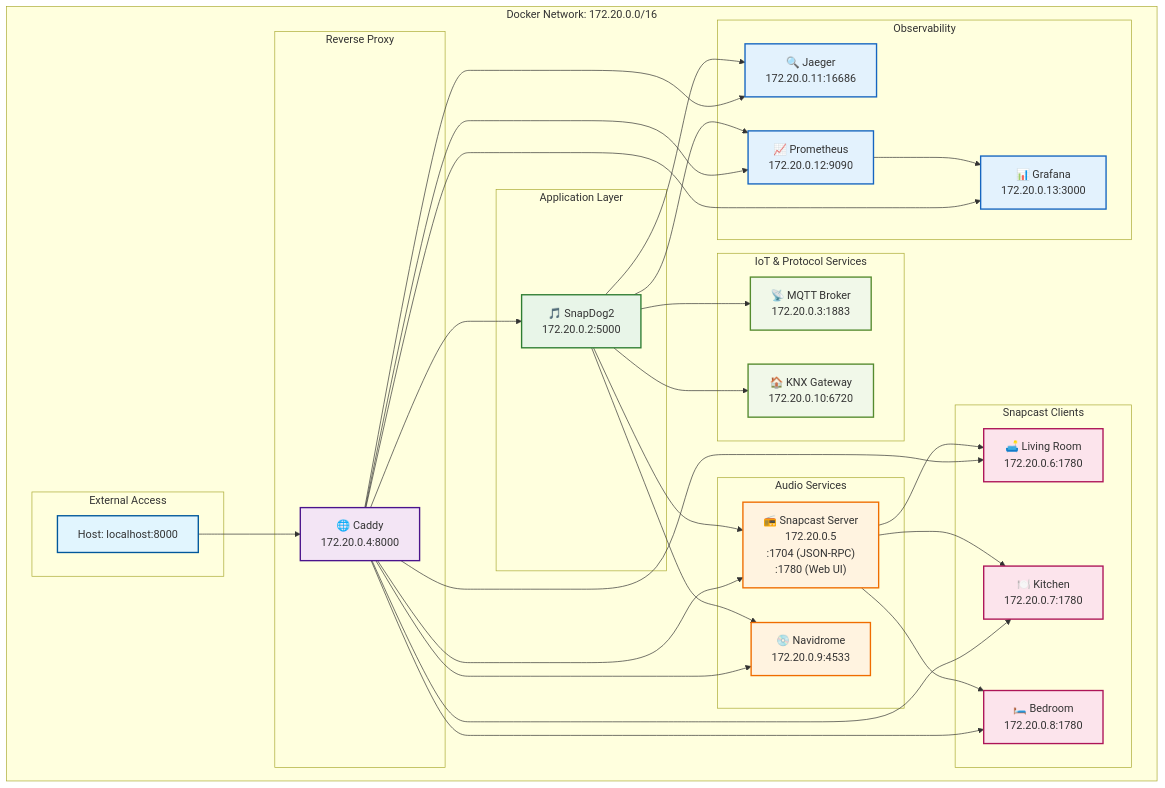
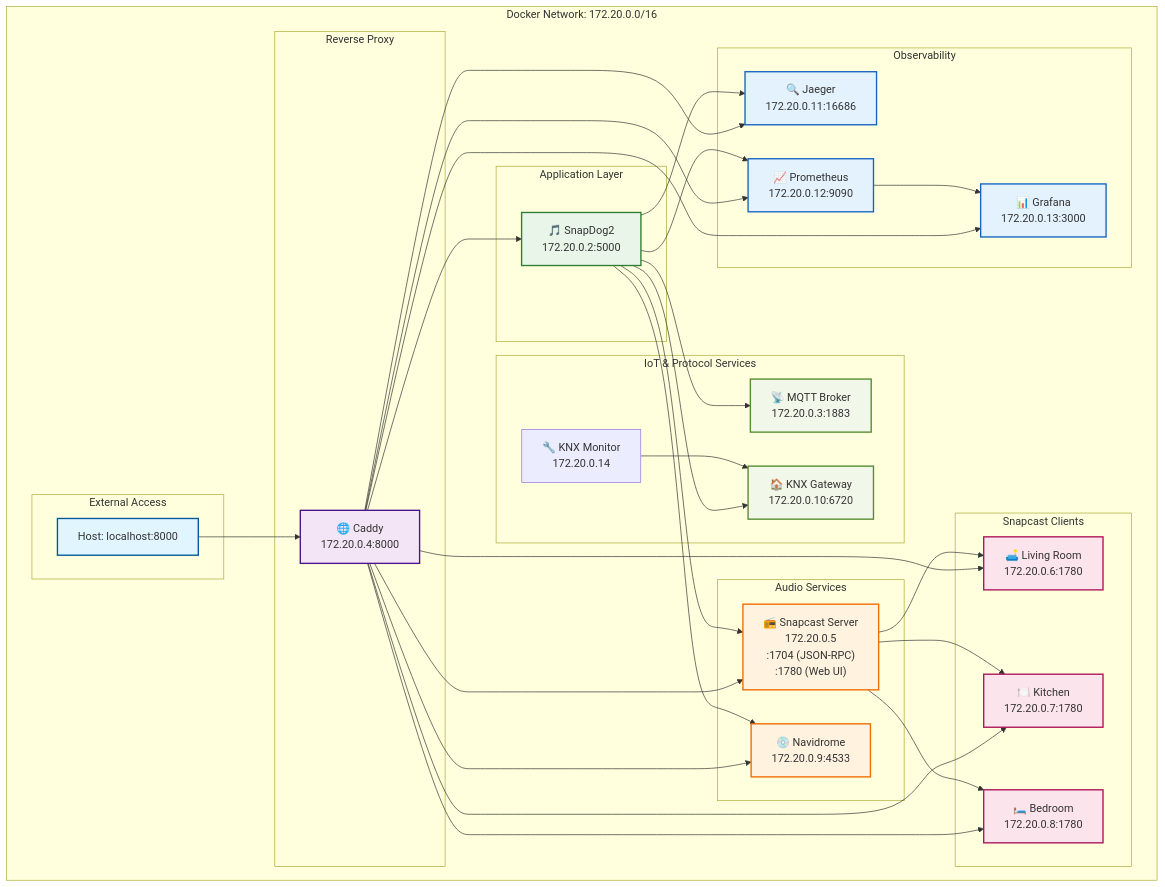
The diagram in README.md (metaneutrons/snapdog2), drawn with Mermaid before and after one commit. The commit also changed other lines of this file and 11 other files, not shown here.

First line of the commit message:
feat: add TUI support and enhance KNX Monitor functionality

```diff
--- a/README.md
+++ b/README.md
@@ -82,6 +82,7 @@
         subgraph "IoT & Protocol Services"
             MQTT["📡 MQTT Broker<br/>172.20.0.3:1883"]
             KNX["🏠 KNX Gateway<br/>172.20.0.10:6720"]
+            KNXMON["🔧 KNX Monitor<br/>172.20.0.14"]
         end
         
         subgraph "Observability"
@@ -112,6 +113,9 @@
     APP --> KNX
     APP --> JAEGER
     
+    %% KNX Monitor connection
+    KNXMON --> KNX
+    
     %% Audio streaming
     SNAPSERVER --> LIVING
     SNAPSERVER --> KITCHEN
```
